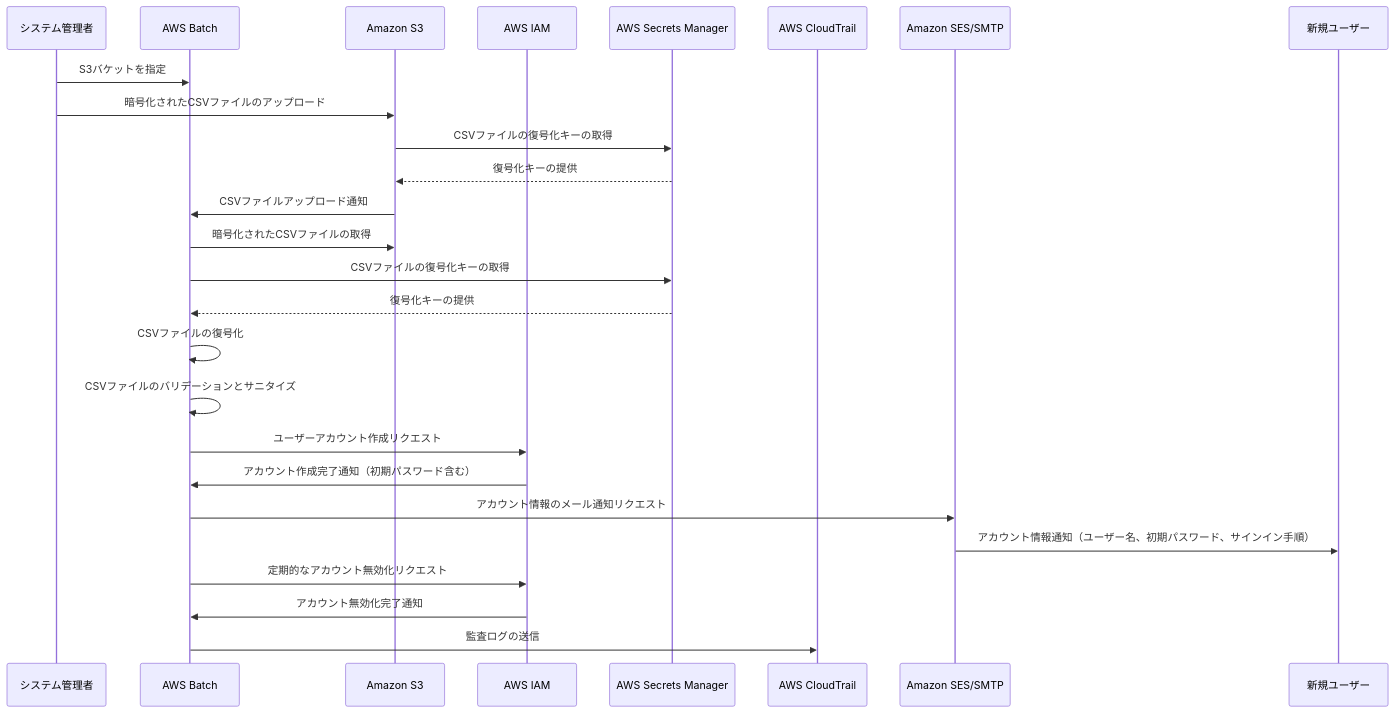
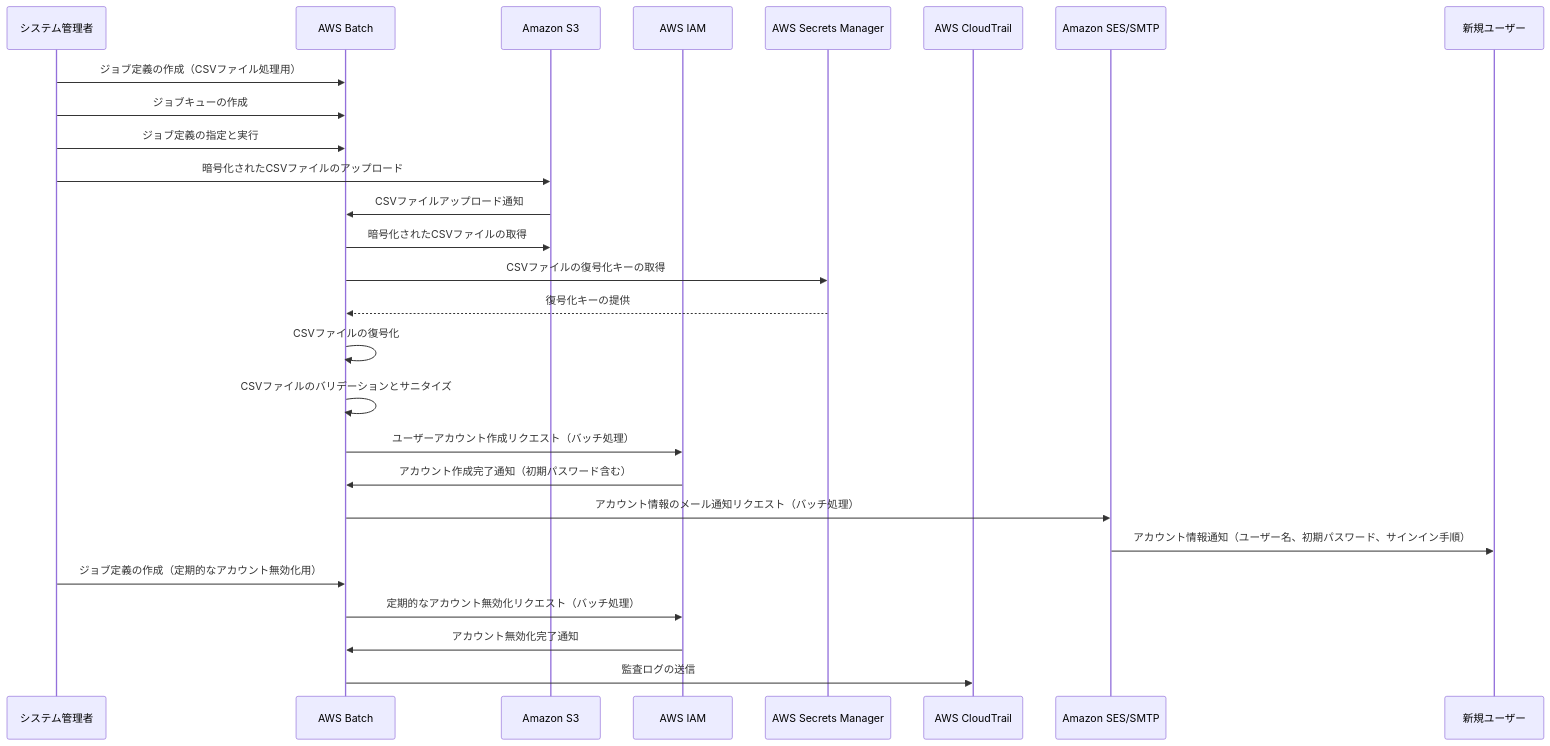
The third of 16 diagrams in api_doc_aws.md (hamatz/tech_doc), drawn with Mermaid before and after one commit. The commit also changed other lines of this file, not shown here.

Commit message:
ユーザープロビジョニングのシーケンス図に追記

````diff
--- a/api_doc_aws.md
+++ b/api_doc_aws.md
@@ -312,29 +312,30 @@
 ```mermaid
 sequenceDiagram
     participant Admin as システム管理者
     participant Batch as AWS Batch
     participant S3 as Amazon S3
     participant IAM as AWS IAM
     participant SecretsManager as AWS Secrets Manager
     participant CloudTrail as AWS CloudTrail
     participant SES as Amazon SES/SMTP
     participant User as 新規ユーザー
 
-    Admin ->> Batch: S3バケットを指定
+    Admin ->> Batch: ジョブ定義の作成（CSVファイル処理用）
+    Admin ->> Batch: ジョブキューの作成
+    Admin ->> Batch: ジョブ定義の指定と実行
     Admin ->> S3: 暗号化されたCSVファイルのアップロード
-    S3 ->> SecretsManager: CSVファイルの復号化キーの取得
-    SecretsManager -->> S3: 復号化キーの提供
     S3 ->> Batch: CSVファイルアップロード通知
     Batch ->> S3: 暗号化されたCSVファイルの取得
     Batch ->> SecretsManager: CSVファイルの復号化キーの取得
     SecretsManager -->> Batch: 復号化キーの提供
     Batch ->> Batch: CSVファイルの復号化
     Batch ->> Batch: CSVファイルのバリデーションとサニタイズ
-    Batch ->> IAM: ユーザーアカウント作成リクエスト
+    Batch ->> IAM: ユーザーアカウント作成リクエスト（バッチ処理）
     IAM ->> Batch: アカウント作成完了通知（初期パスワード含む）
-    Batch ->> SES: アカウント情報のメール通知リクエスト
+    Batch ->> SES: アカウント情報のメール通知リクエスト（バッチ処理）
     SES ->> User: アカウント情報通知（ユーザー名、初期パスワード、サインイン手順）
-    Batch ->> IAM: 定期的なアカウント無効化リクエスト
+    Admin ->> Batch: ジョブ定義の作成（定期的なアカウント無効化用）
+    Batch ->> IAM: 定期的なアカウント無効化リクエスト（バッチ処理）
     IAM ->> Batch: アカウント無効化完了通知
     Batch ->> CloudTrail: 監査ログの送信
 ```
````
